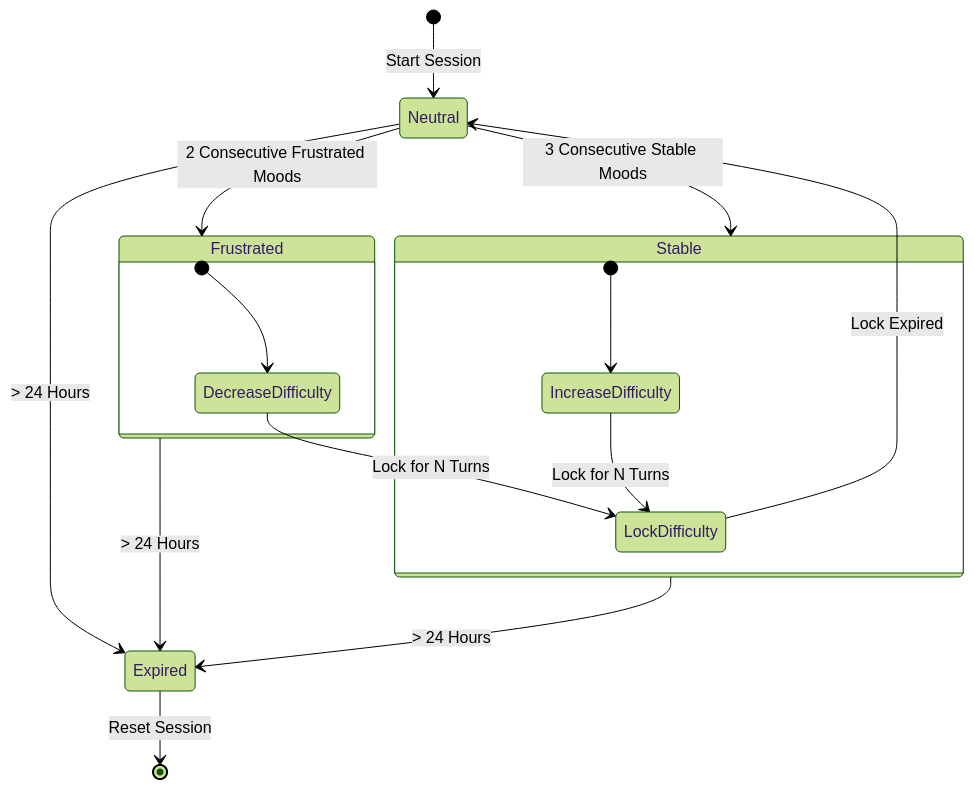
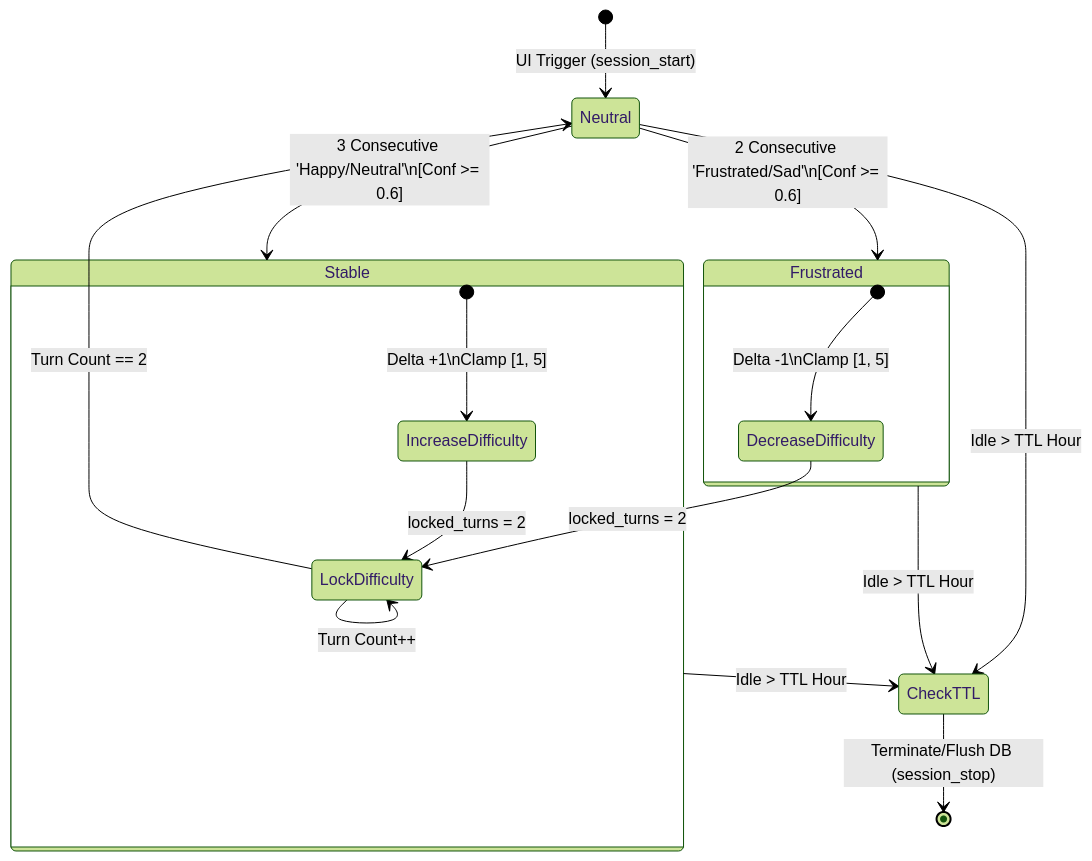
One commit to deepanmpc/LaRa changed the third of 10 diagrams in ARCHITECTURE.md. Above: the diagram before and after it, drawn with Mermaid (forest theme). The commit also changed other lines of this file, not shown here.

Commit message:
docs: update architecture diagrams to reflect detailed data-flow, memory hierarchy, and system configuration

````diff
--- a/ARCHITECTURE.md
+++ b/ARCHITECTURE.md
@@ -45,25 +75,26 @@
 ```mermaid
 stateDiagram-v2
-    [*] --> Neutral : Start Session
+    [*] --> Neutral : UI Trigger (session_start)
     
-    Neutral --> Frustrated : 2 Consecutive Frustrated Moods
-    Neutral --> Stable : 3 Consecutive Stable Moods
+    Neutral --> Frustrated : 2 Consecutive 'Frustrated/Sad'\n[Conf >= 0.6]
+    Neutral --> Stable : 3 Consecutive 'Happy/Neutral'\n[Conf >= 0.6]
     
     state Frustrated {
-        [*] --> DecreaseDifficulty
-        DecreaseDifficulty --> LockDifficulty : Lock for N Turns
+        [*] --> DecreaseDifficulty : Delta -1\nClamp [1, 5]
+        DecreaseDifficulty --> LockDifficulty : locked_turns = 2
     }
     
     state Stable {
-        [*] --> IncreaseDifficulty
-        IncreaseDifficulty --> LockDifficulty : Lock for N Turns
+        [*] --> IncreaseDifficulty : Delta +1\nClamp [1, 5]
+        IncreaseDifficulty --> LockDifficulty : locked_turns = 2
     }
     
-    LockDifficulty --> Neutral : Lock Expired
+    LockDifficulty --> LockDifficulty : Turn Count++
+    LockDifficulty --> Neutral : Turn Count == 2
     
-    Frustrated --> Expired : > 24 Hours
-    Stable --> Expired : > 24 Hours
-    Neutral --> Expired : > 24 Hours
+    Frustrated --> CheckTTL : Idle > TTL Hour
+    Stable --> CheckTTL : Idle > TTL Hour
+    Neutral --> CheckTTL : Idle > TTL Hour
     
-    Expired --> [*] : Reset Session
+    CheckTTL --> [*] : Terminate/Flush DB (session_stop)
 ```
````
